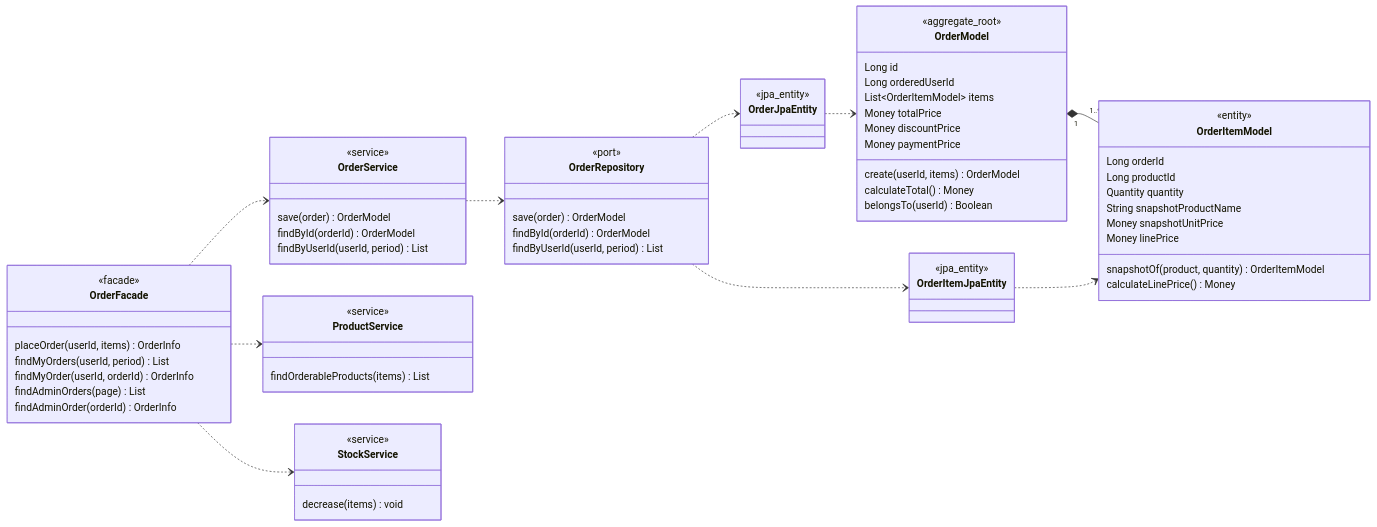
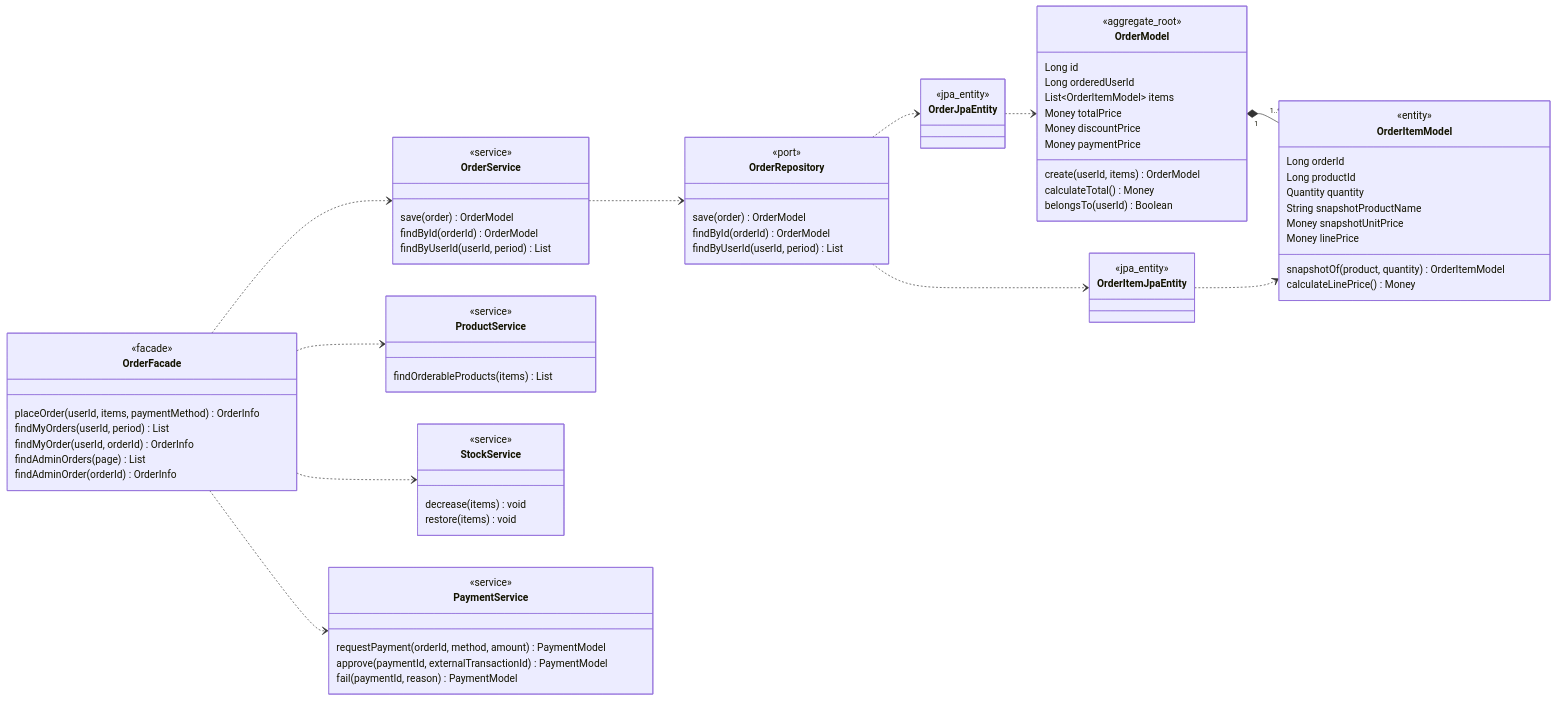
Before and after one commit to scv74502/be-theory-kotlin: the sixth of 9 diagrams in docs/design/03-class-diagram.md, drawn with Mermaid. The commit also changed other lines of this file and 3 other files, not shown here.

Commit message:
[docs] 요구사항 보완 및 시퀀스 다이어그램, 클래스 다이어그램, erd 추가

```diff
--- a/docs/design/03-class-diagram.md
+++ b/docs/design/03-class-diagram.md
@@ -571,7 +574,7 @@
 
     class OrderFacade {
         <<facade>>
-        placeOrder(userId, items) OrderInfo
+        placeOrder(userId, items, paymentMethod) OrderInfo
         findMyOrders(userId, period) List
         findMyOrder(userId, orderId) OrderInfo
         findAdminOrders(page) List
@@ -593,6 +596,14 @@
     class StockService {
         <<service>>
         decrease(items) void
+        restore(items) void
+    }
+
+    class PaymentService {
+        <<service>>
+        requestPayment(orderId, method, amount) PaymentModel
+        approve(paymentId, externalTransactionId) PaymentModel
+        fail(paymentId, reason) PaymentModel
     }
 
     class OrderRepository {
@@ -614,6 +625,7 @@
     OrderFacade ..> OrderService
     OrderFacade ..> ProductService
     OrderFacade ..> StockService
+    OrderFacade ..> PaymentService
     OrderService ..> OrderRepository
     OrderRepository ..> OrderJpaEntity
     OrderRepository ..> OrderItemJpaEntity
```
